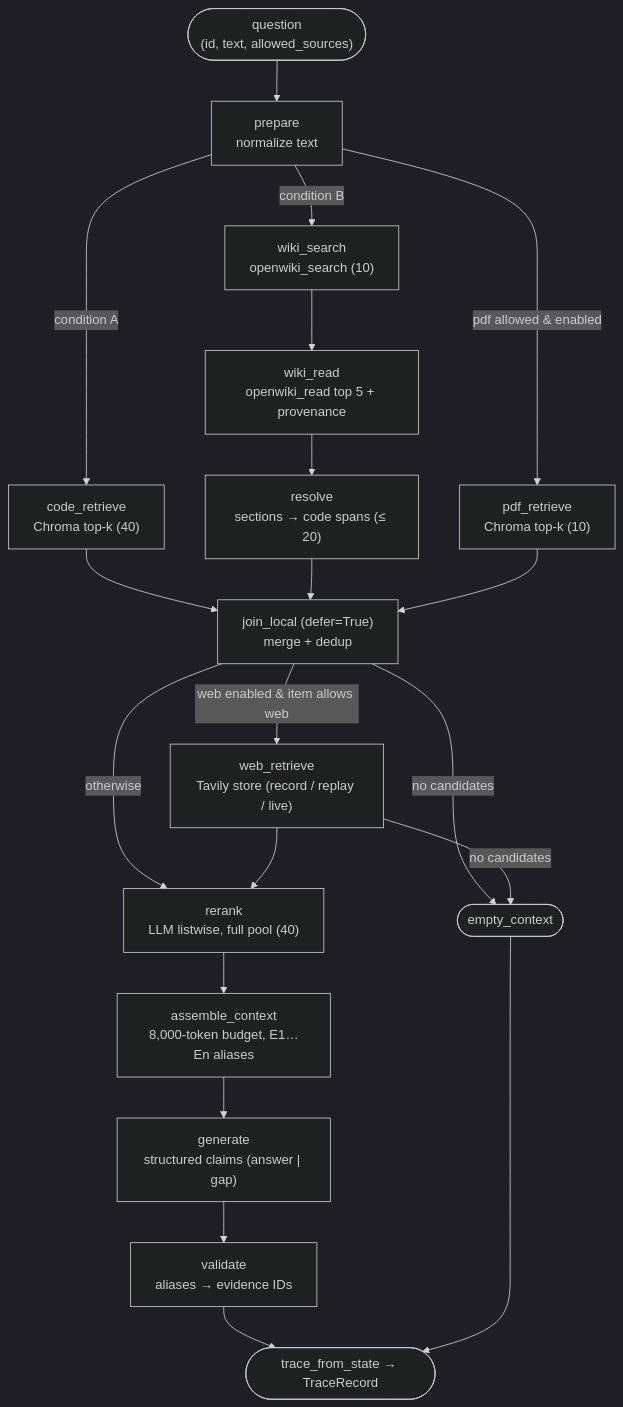
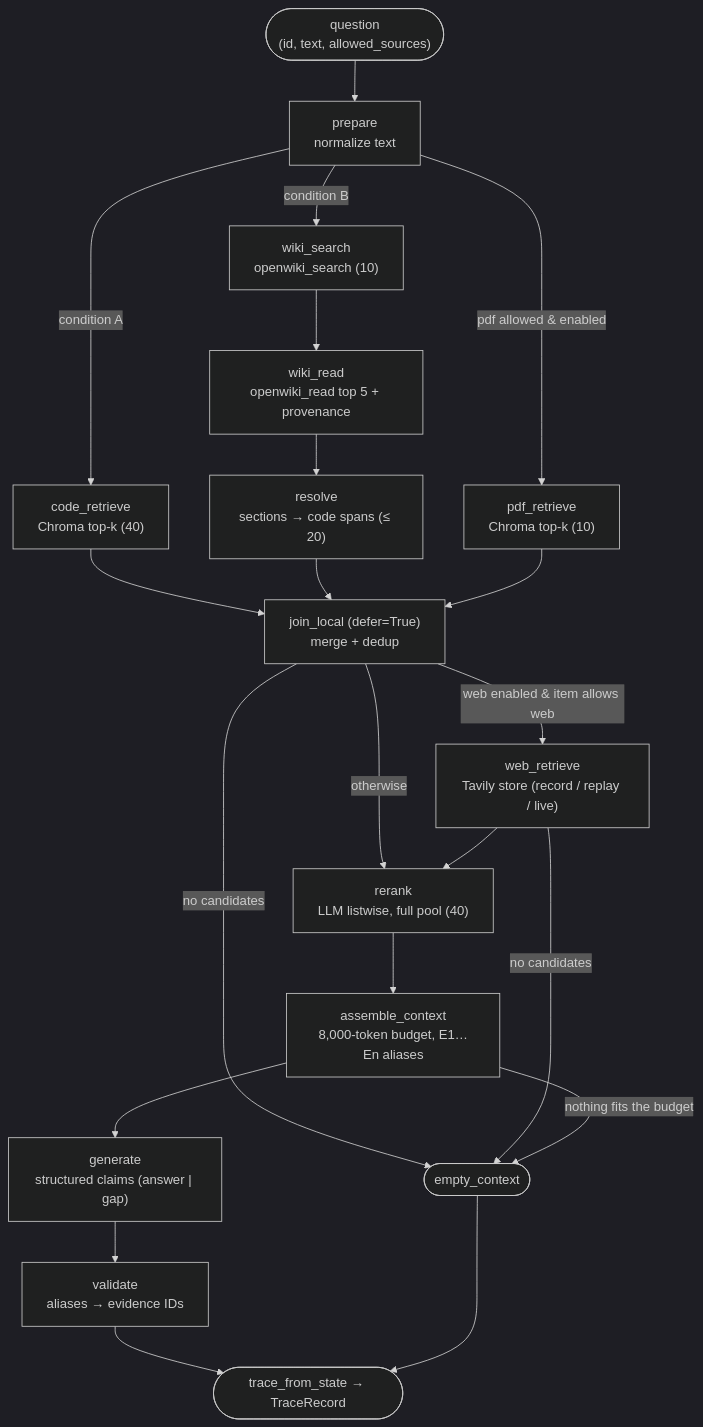
Before and after one commit to andresdp/design-wiki-bridge: the fourth of 9 diagrams in docs/architecture.md, drawn with Mermaid (dark theme). The commit also changed other lines of this file and 2 other files, not shown here.

Commit message:
docs: record review fixes in architecture, usage guide, and invariants

````diff
--- a/docs/architecture.md
+++ b/docs/architecture.md
@@ -137,22 +137,23 @@
 ```mermaid
 flowchart TD
     Q(["question<br/>(id, text, allowed_sources)"]) --> prepare["prepare<br/>normalize text"]
     prepare -->|"condition A"| code["code_retrieve<br/>Chroma top-k (40)"]
     prepare -->|"condition B"| ws["wiki_search<br/>openwiki_search (10)"]
     ws --> wr["wiki_read<br/>openwiki_read top 5 + provenance"]
     wr --> res["resolve<br/>sections → code spans (≤ 20)"]
     prepare -->|"pdf allowed & enabled"| pdf["pdf_retrieve<br/>Chroma top-k (10)"]
     code --> join["join_local (defer=True)<br/>merge + dedup"]
     res --> join
     pdf --> join
     join -->|"web enabled & item allows web"| webn["web_retrieve<br/>Tavily store (record / replay / live)"]
     join -->|"no candidates"| empty(["empty_context"])
     join -->|"otherwise"| rr
     webn --> rr["rerank<br/>LLM listwise, full pool (40)"]
     webn -->|"no candidates"| empty
     rr --> ctx["assemble_context<br/>8,000-token budget, E1…En aliases"]
+    ctx -->|"nothing fits the budget"| empty
     ctx --> gen["generate<br/>structured claims (answer | gap)"]
     gen --> val["validate<br/>aliases → evidence IDs"]
     val --> T(["trace_from_state → TraceRecord"])
     empty --> T
 ```
````
